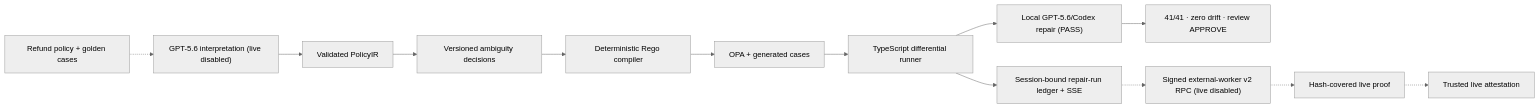
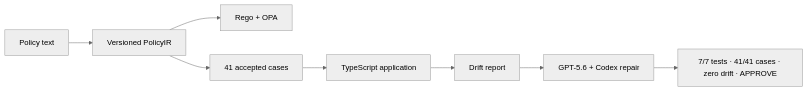
Before and after one commit to sel-chan/policytwin: the diagram in README.md, drawn with Mermaid (neutral theme). The commit also changed other lines of this file and 6 other files, not shown here.

````diff
--- a/README.md
+++ b/README.md
@@ -68,15 +36,10 @@
 ```mermaid
 flowchart LR
-  A["Refund policy + golden cases"] -.-> B["GPT-5.6 interpretation (live disabled)"]
-  B --> C["Validated PolicyIR"]
-  C --> D["Versioned ambiguity decisions"]
-  D --> E["Deterministic Rego compiler"]
-  E --> F["OPA + generated cases"]
-  F --> G["TypeScript differential runner"]
-  G --> L["Local GPT-5.6/Codex repair (PASS)"]
-  L --> M["41/41 · zero drift · review APPROVE"]
-  G --> H["Session-bound repair-run ledger + SSE"]
-  H -.-> I["Signed external-worker v2 RPC (live disabled)"]
-  I -.-> J["Hash-covered live proof"]
-  J -.-> K["Trusted live attestation"]
+    A[Policy text] --> B[Versioned PolicyIR]
+    B --> C[Rego + OPA]
+    B --> D[41 accepted cases]
+    D --> E[TypeScript application]
+    E --> F[Drift report]
+    F --> G[GPT-5.6 + Codex repair]
+    G --> H[7/7 tests · 41/41 cases · zero drift · APPROVE]
 ```
````
